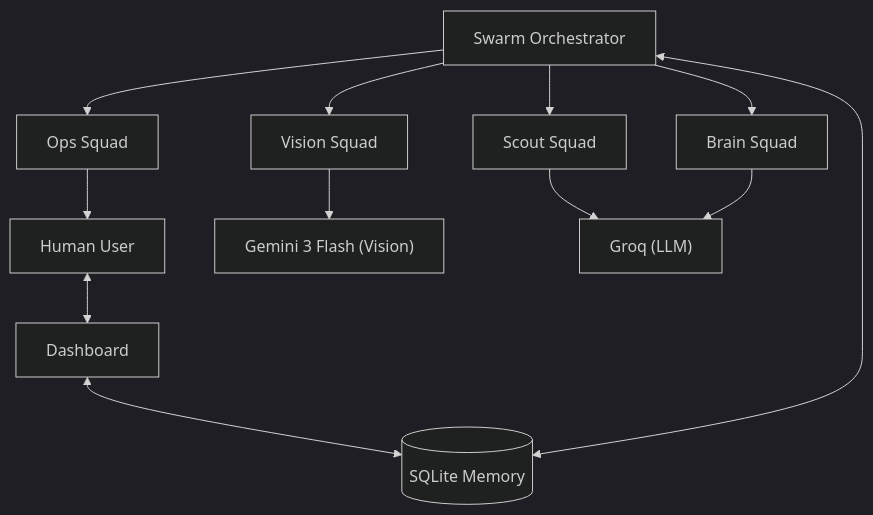
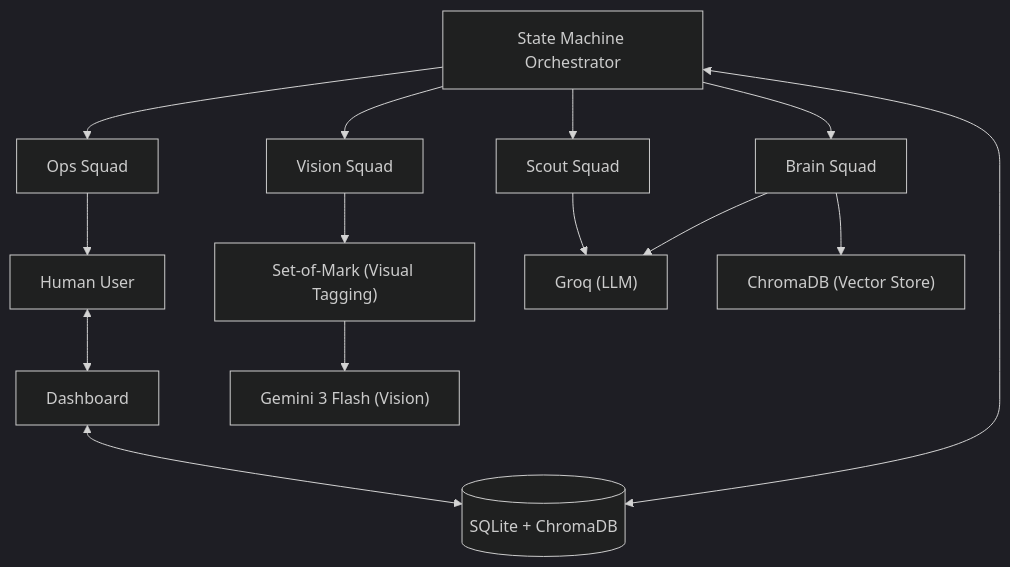
The diagram in ARCHITECTURE.md (Nwokike/project-commuter), drawn with Mermaid (dark theme) before and after one commit. The commit also changed other lines of this file and 8 other files, not shown here.

````diff
--- a/ARCHITECTURE.md
+++ b/ARCHITECTURE.md
@@ -7,16 +7,18 @@
 ```mermaid
 graph TD
     User["Human User"] <--> Dashboard
-    Dashboard <--> DB[(SQLite Memory)]
-    Orchestrator[Swarm Orchestrator] <--> DB
+    Dashboard <--> DB[(SQLite + ChromaDB)]
+    Orchestrator[State Machine Orchestrator] <--> DB
     Orchestrator --> Scout[Scout Squad]
     Orchestrator --> Vision[Vision Squad]
     Orchestrator --> Brain[Brain Squad]
     Orchestrator --> Ops[Ops Squad]
     
-    Vision --> Gemini["Gemini 3 Flash (Vision)"]
+    Vision --> SoM["Set-of-Mark (Visual Tagging)"]
+    SoM --> Gemini["Gemini 3 Flash (Vision)"]
     Scout --> Groq["Groq (LLM)"]
+    Brain --> ChromaDB["ChromaDB (Vector Store)"]
     Brain --> Groq
     
     Ops --> User
 ```
````
